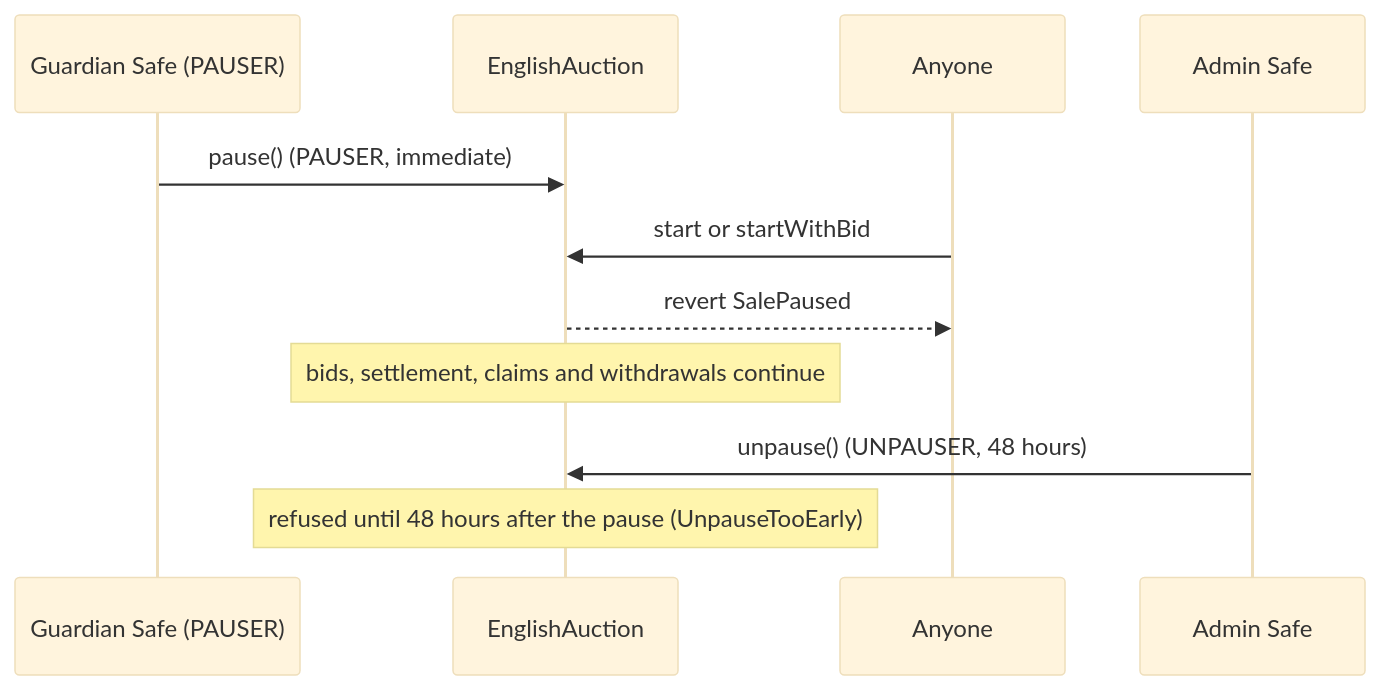
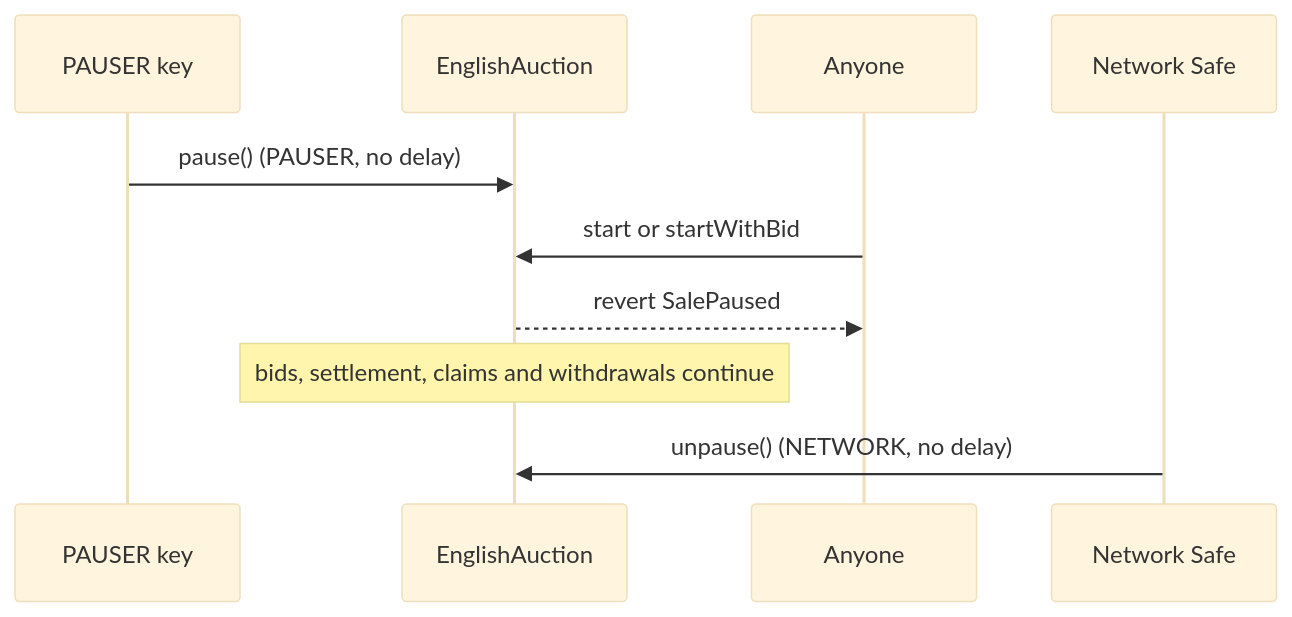
One commit to 6529-Collections/6529-works changed diagram 11 of 13 in docs/spec/stream-and-auctions.md. Above: the diagram before and after it, drawn with Mermaid (base theme). The commit also changed other lines of this file and 352 other files, not shown here.

````diff
--- a/docs/spec/stream-and-auctions.md
+++ b/docs/spec/stream-and-auctions.md
@@ -805,13 +801,12 @@
 ```mermaid
 sequenceDiagram
-    participant Guardian as Guardian Safe (PAUSER)
+    participant Pauser as PAUSER key
     participant Auction as EnglishAuction
     participant Anyone as Anyone
-    participant Admin as Admin Safe
-    Guardian->>Auction: pause() (PAUSER, immediate)
+    participant Network as Network Safe
+    Pauser->>Auction: pause() (PAUSER, no delay)
     Anyone->>Auction: start or startWithBid
     Auction-->>Anyone: revert SalePaused
     Note over Auction: bids, settlement, claims and withdrawals continue
-    Admin->>Auction: unpause() (UNPAUSER, 48 hours)
-    Note over Auction: refused until 48 hours after the pause (UnpauseTooEarly)
+    Network->>Auction: unpause() (NETWORK, no delay)
 ```
````
